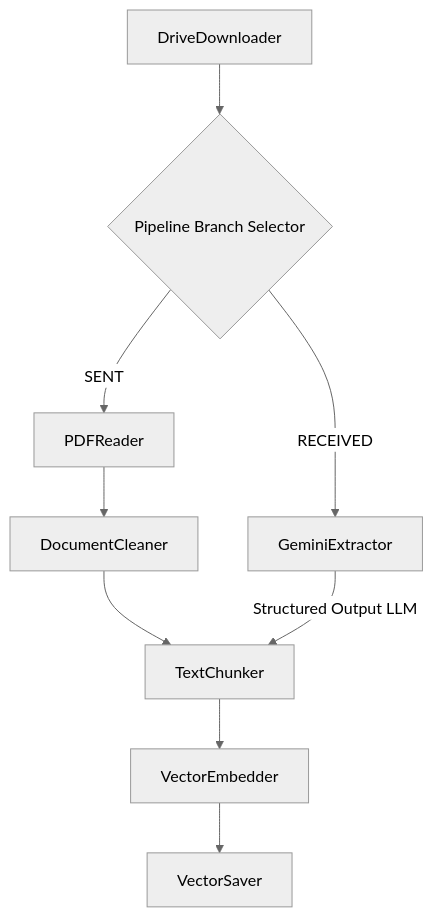
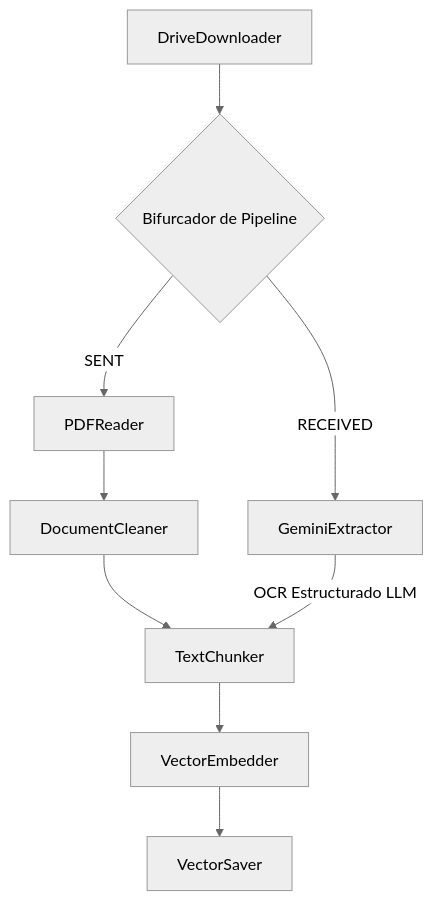
The diagram in src/ingestion-pipeline/README.md (jggomez/ai-rag-docs), drawn with Mermaid (neutral theme) before and after one commit. The commit also changed other lines of this file and 28 other files, not shown here.

````diff
--- a/src/ingestion-pipeline/README.md
+++ b/src/ingestion-pipeline/README.md
@@ -53,11 +63,11 @@
 ```mermaid
 graph TD
-    A[DriveDownloader] --> B{Pipeline Branch Selector}
+    A[DriveDownloader] --> B{Bifurcador de Pipeline}
     B -- SENT --> C[PDFReader]
     C --> D[DocumentCleaner]
     B -- RECEIVED --> E[GeminiExtractor]
     D --> F[TextChunker]
-    E -- Structured Output LLM --> F
+    E -- OCR Estructurado LLM --> F
     F --> G[VectorEmbedder]
     G --> H[VectorSaver]
 ```
````
